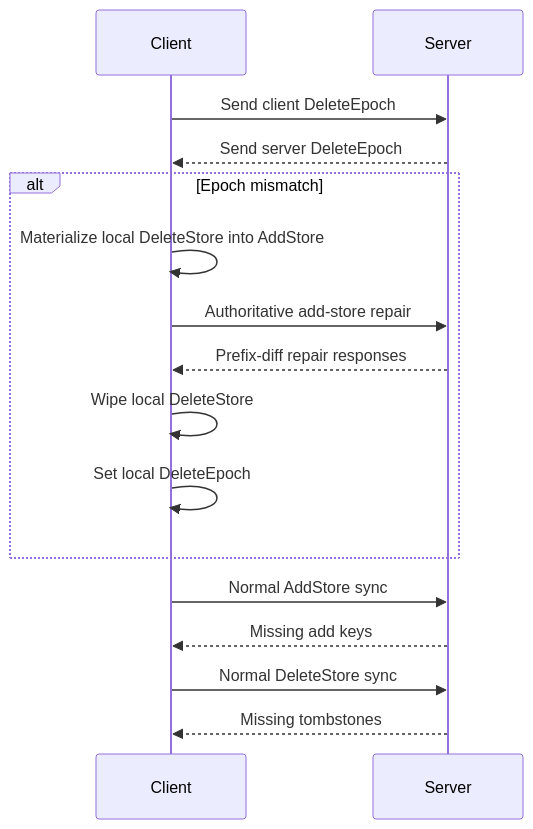
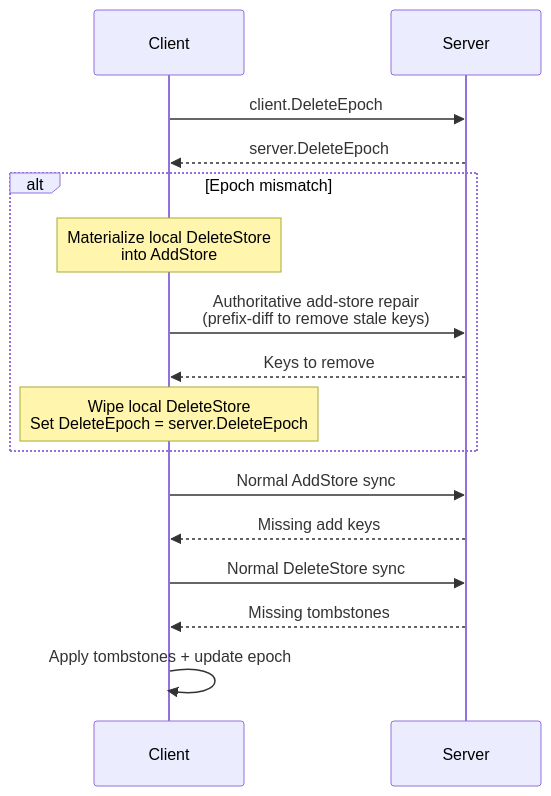
One commit to arj03/setsum-cs changed the eighth of 8 diagrams in SetSum/Sync/README.md. Above: the diagram before and after it, drawn with Mermaid. The commit also changed other lines of this file, not shown here.

````diff
--- a/SetSum/Sync/README.md
+++ b/SetSum/Sync/README.md
@@ -314,21 +304,21 @@
 ```mermaid
 sequenceDiagram
     participant C as Client
     participant S as Server
 
-    C->>S: Send client DeleteEpoch
-    S-->>C: Send server DeleteEpoch
+    C->>S: client.DeleteEpoch
+    S-->>C: server.DeleteEpoch
 
     alt Epoch mismatch
-        C->>C: Materialize local DeleteStore into AddStore
-        C->>S: Authoritative add-store repair
-        S-->>C: Prefix-diff repair responses
-        C->>C: Wipe local DeleteStore
-        C->>C: Set local DeleteEpoch
+        Note over C: Materialize local DeleteStore<br/>into AddStore
+        C->>S: Authoritative add-store repair<br/>(prefix-diff to remove stale keys)
+        S-->>C: Keys to remove
+        Note over C: Wipe local DeleteStore<br/>Set DeleteEpoch = server.DeleteEpoch
     end
 
     C->>S: Normal AddStore sync
     S-->>C: Missing add keys
     C->>S: Normal DeleteStore sync
     S-->>C: Missing tombstones
+    C->>C: Apply tombstones + update epoch
 ```
````
